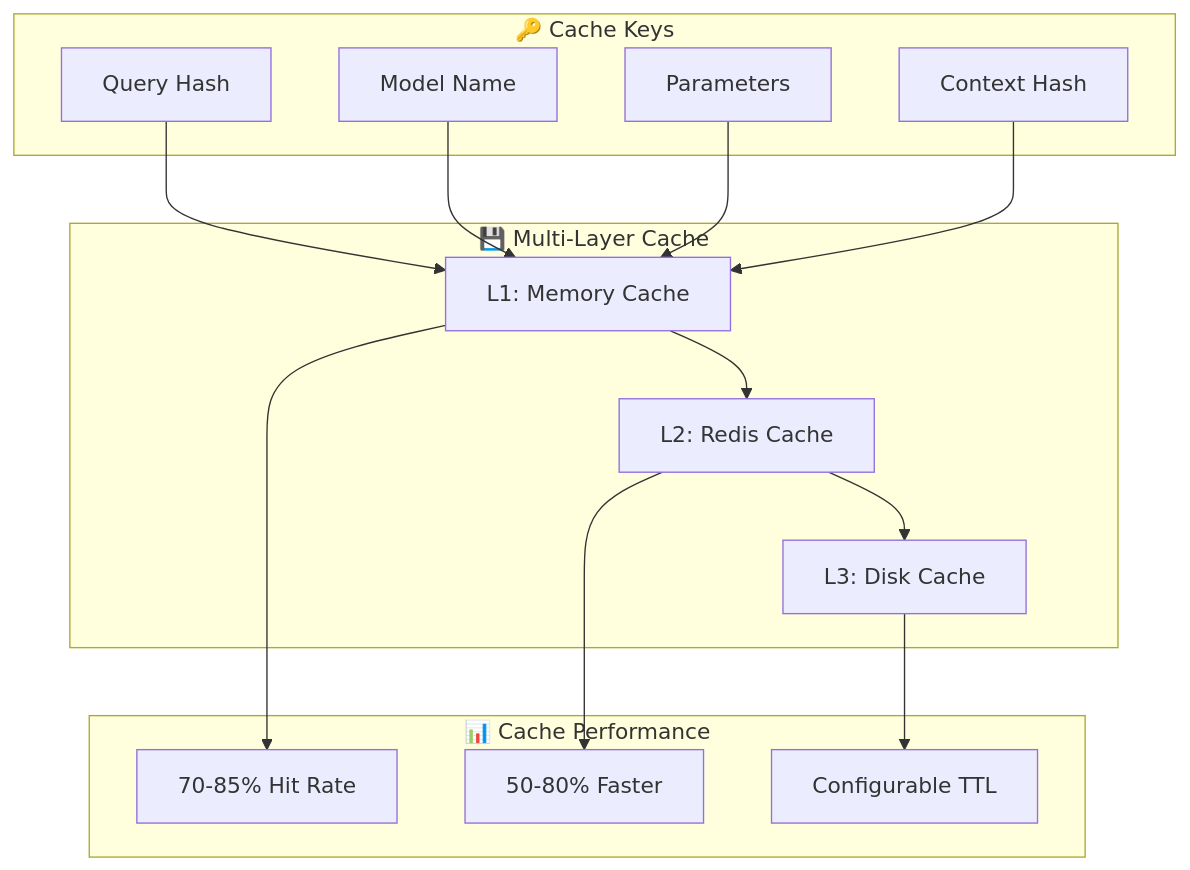
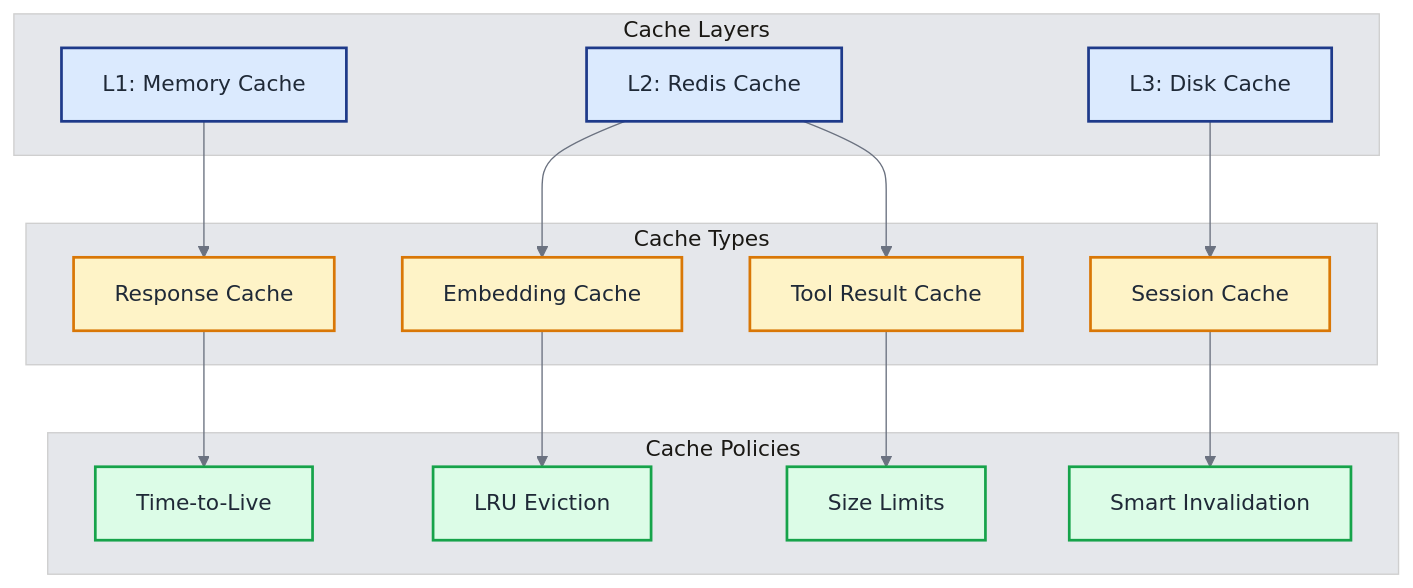
One commit to khaosans/basic-chat changed the eighth of 14 diagrams in docs/ARCHITECTURE.md. Above: the diagram before and after it, drawn with Mermaid. The commit also changed other lines of this file and 10 other files, not shown here.

````diff
--- a/docs/ARCHITECTURE.md
+++ b/docs/ARCHITECTURE.md
@@ -314,33 +462,41 @@
 ```mermaid
+%%{init: {'theme': 'base', 'themeVariables': { 'fontSize': '16px', 'fontFamily': 'Arial, sans-serif', 'primaryColor': '#1e3a8a', 'primaryTextColor': '#1f2937', 'primaryBorderColor': '#374151', 'lineColor': '#6b7280', 'secondaryColor': '#f3f4f6', 'tertiaryColor': '#e5e7eb', 'edgeLabelBackground': '#f9fafb'}}}%%
 graph TB
-    subgraph "💾 Multi-Layer Cache"
+    subgraph "Cache Layers"
         L1[L1: Memory Cache]
         L2[L2: Redis Cache]
         L3[L3: Disk Cache]
     end
     
-    subgraph "🔑 Cache Keys"
-        QUERY[Query Hash]
-        MODEL[Model Name]
-        PARAMS[Parameters]
-        CONTEXT[Context Hash]
+    subgraph "Cache Types"
+        RESPONSE[Response Cache]
+        EMBEDDING[Embedding Cache]
+        TOOL[Tool Result Cache]
+        SESSION[Session Cache]
     end
     
-    subgraph "📊 Cache Performance"
-        HIT_RATE[70-85% Hit Rate]
-        RESPONSE_TIME[50-80% Faster]
-        TTL[Configurable TTL]
+    subgraph "Cache Policies"
+        TTL[Time-to-Live]
+        LRU[LRU Eviction]
+        SIZE[Size Limits]
+        INVALIDATION[Smart Invalidation]
     end
     
-    QUERY --> L1
-    MODEL --> L1
-    PARAMS --> L1
-    CONTEXT --> L1
+    L1 --> RESPONSE
+    L2 --> EMBEDDING
+    L2 --> TOOL
+    L3 --> SESSION
     
-    L1 --> L2
-    L2 --> L3
+    RESPONSE --> TTL
+    EMBEDDING --> LRU
+    TOOL --> SIZE
+    SESSION --> INVALIDATION
     
-    L1 --> HIT_RATE
-    L2 --> RESPONSE_TIME
-    L3 --> TTL
+    classDef layers fill:#dbeafe,stroke:#1e3a8a,stroke-width:2px,color:#1f2937
+    classDef types fill:#fef3c7,stroke:#d97706,stroke-width:2px,color:#1f2937
+    classDef policies fill:#dcfce7,stroke:#16a34a,stroke-width:2px,color:#1f2937
+    
+    class L1,L2,L3 layers
+    class RESPONSE,EMBEDDING,TOOL,SESSION types
+    class TTL,LRU,SIZE,INVALIDATION policies
 ```
````
